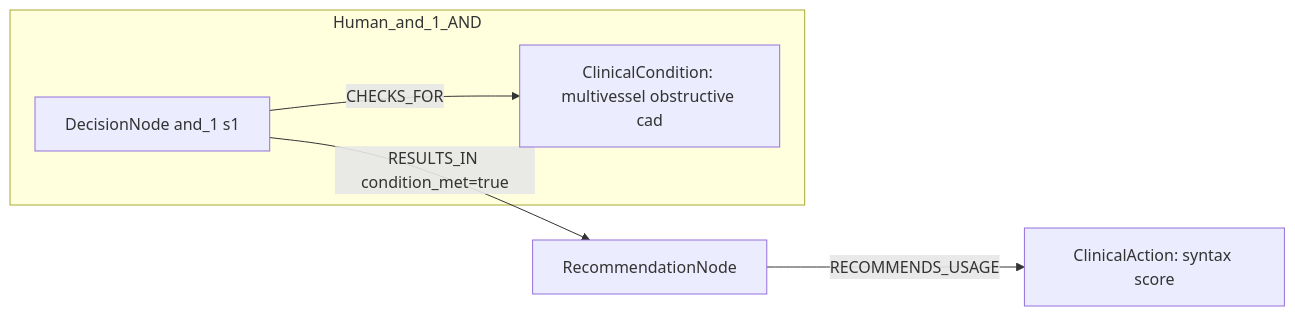
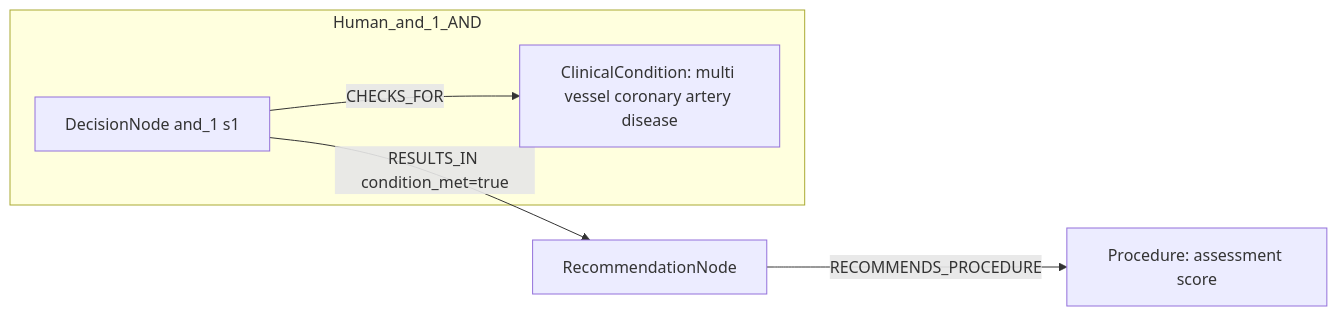
Before and after one commit to dieterich-lab/CardioGuidelinesGraph: the first of 2 diagrams in docs/table22_rows_comparison/row_15.md, drawn with Mermaid. The commit also changed other lines of this file and 27 other files, not shown here.

````diff
--- a/docs/table22_rows_comparison/row_15.md
+++ b/docs/table22_rows_comparison/row_15.md
@@ -307,12 +74,12 @@
 ```mermaid
 graph LR
   REC[RecommendationNode]
-  ACT1[ClinicalAction: syntax score]
-  REC -->|RECOMMENDS_USAGE| ACT1
+  ACT1[Procedure: assessment score]
+  REC -->|RECOMMENDS_PROCEDURE| ACT1
   subgraph Human_and_1_AND
     D_and_1_1[DecisionNode and_1 s1]
-    C_and_1_1[ClinicalCondition: multivessel obstructive cad]
+    C_and_1_1[ClinicalCondition: multi vessel coronary artery disease]
     D_and_1_1 -->|CHECKS_FOR| C_and_1_1
   end
   D_and_1_1 -->|RESULTS_IN condition_met=true| REC
 ```
````
